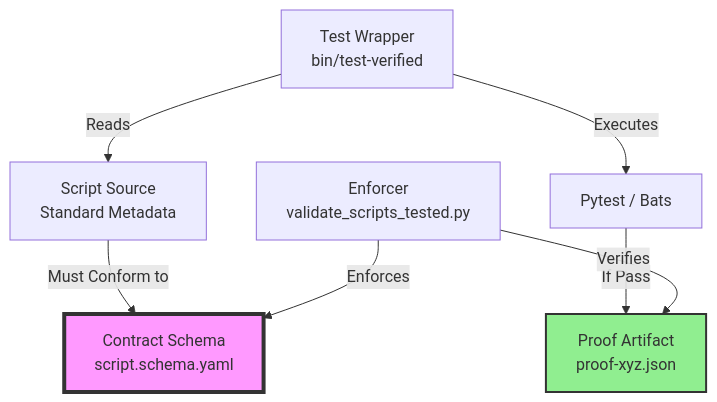
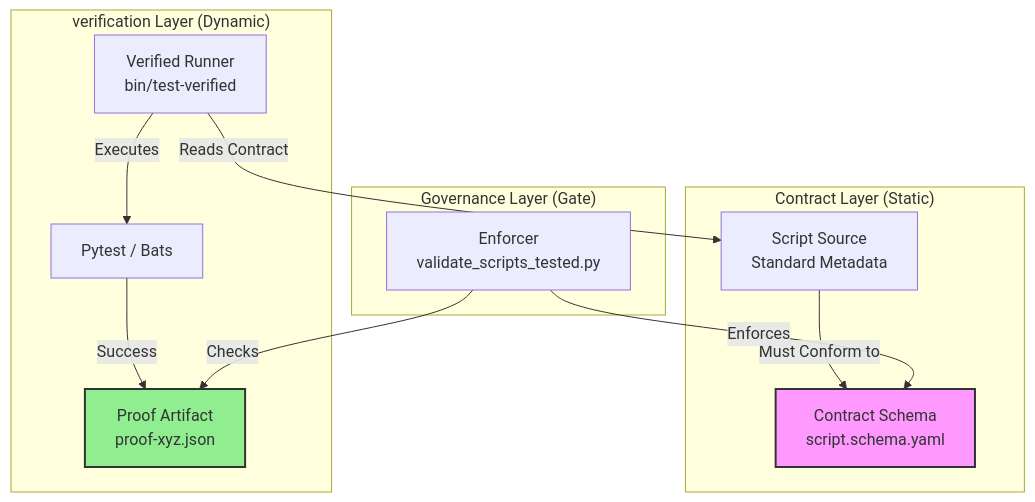
Before and after one commit to mikeybeezy/goldenpath-idp-infra: the diagram in docs/how-it-works/BORN_GOVERNED_LIFECYCLE.md, drawn with Mermaid. The commit also changed other lines of this file, not shown here.

````diff
--- a/docs/how-it-works/BORN_GOVERNED_LIFECYCLE.md
+++ b/docs/how-it-works/BORN_GOVERNED_LIFECYCLE.md
@@ -19,18 +26,26 @@
 ```mermaid
 graph TD
     Schema[Contract Schema<br/>script.schema.yaml];
     Script[Script Source<br/>Standard Metadata];
-    Wrapper[Test Wrapper<br/>bin/test-verified];
+    Wrapper[Verified Runner<br/>bin/test-verified];
     Validator[Enforcer<br/>validate_scripts_tested.py];
     Proof[Proof Artifact<br/>proof-xyz.json];
 
-    Script -->|Must Conform to| Schema;
-    Wrapper -->|Reads| Script;
-    Wrapper -->|Executes| TestRunner[Pytest / Bats];
-    TestRunner -->|If Pass| Proof;
-    Validator -->|Verifies| Proof;
-    Validator -->|Enforces| Schema;
+    subgraph "Contract Layer (Static)"
+    Script -->|Must Conform to| Schema
+    end
 
-    style Schema fill:#f9f,stroke:#333,stroke-width:4px
+    subgraph "verification Layer (Dynamic)"
+    Wrapper -->|Reads Contract| Script
+    Wrapper -->|Executes| TestRunner[Pytest / Bats]
+    TestRunner -->|Success| Proof
+    end
+
+    subgraph "Governance Layer (Gate)"
+    Validator -->|Checks| Proof
+    Validator -->|Enforces| Schema
+    end
+
+    style Schema fill:#f9f,stroke:#333,stroke-width:2px
     style Proof fill:#90EE90,stroke:#333,stroke-width:2px
 ```
````
